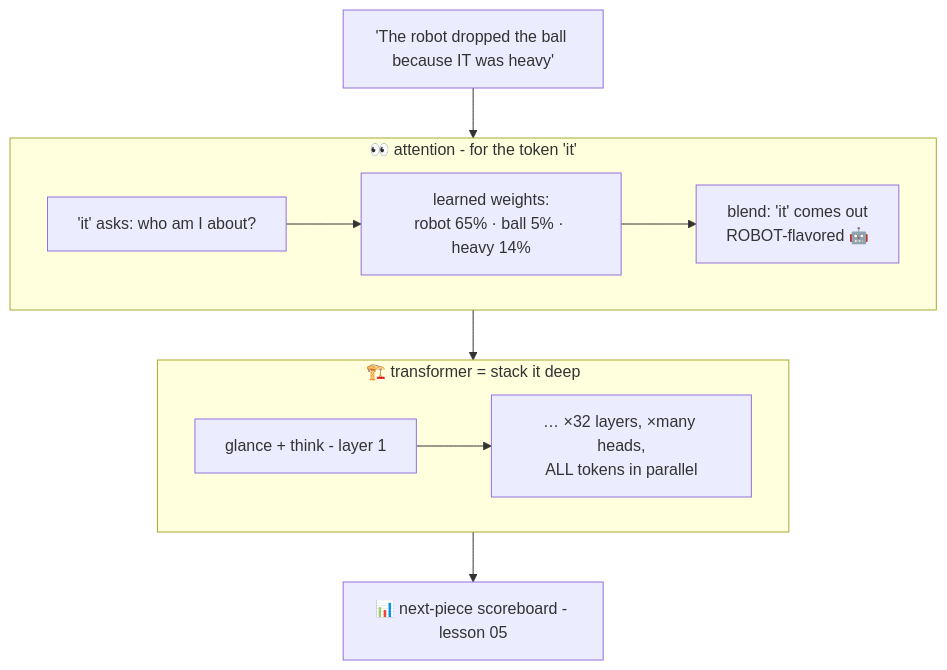
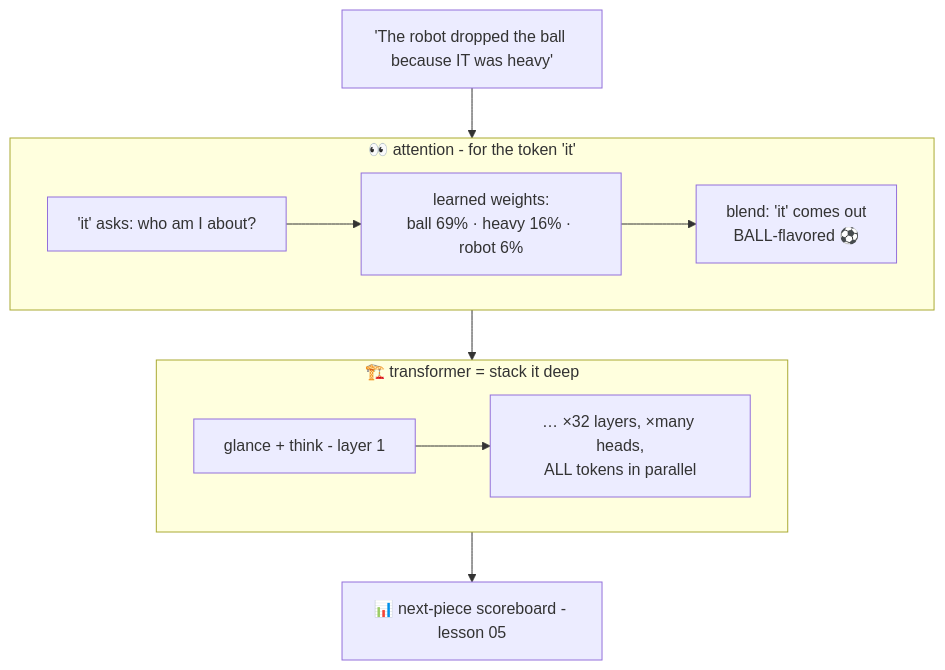
Before and after one commit to BaluRaut/learn-ai-school: the diagram in lessons/06-attention/README.md, drawn with Mermaid. The commit also changed other lines of this file and 4 other files, not shown here.

Commit message:
Review: attention example now resolves it → ball (demo + diagram + text); temperature, LoRA, prompting, RAG and agent-loop wording

````diff
--- a/lessons/06-attention/README.md
+++ b/lessons/06-attention/README.md
@@ -42,17 +43,17 @@
 ```mermaid
 flowchart TB
     s["'The robot dropped the ball because IT was heavy'"]
     subgraph att["👀 attention - for the token 'it'"]
         q["'it' asks: who am I about?"]
-        w["learned weights:<br/>robot 65% · ball 5% · heavy 14%"]
-        blend["blend: 'it' comes out<br/>ROBOT-flavored 🤖"]
+        w["learned weights:<br/>ball 69% · heavy 16% · robot 6%"]
+        blend["blend: 'it' comes out<br/>BALL-flavored ⚽"]
         q --> w --> blend
     end
     subgraph tf["🏗️ transformer = stack it deep"]
         l1["glance + think - layer 1"]
         l2["… ×32 layers, ×many heads,<br/>ALL tokens in parallel"]
         l1 --> l2
     end
     s --> att --> tf
     tf --> out["📊 next-piece scoreboard - lesson 05"]
 ```
````
